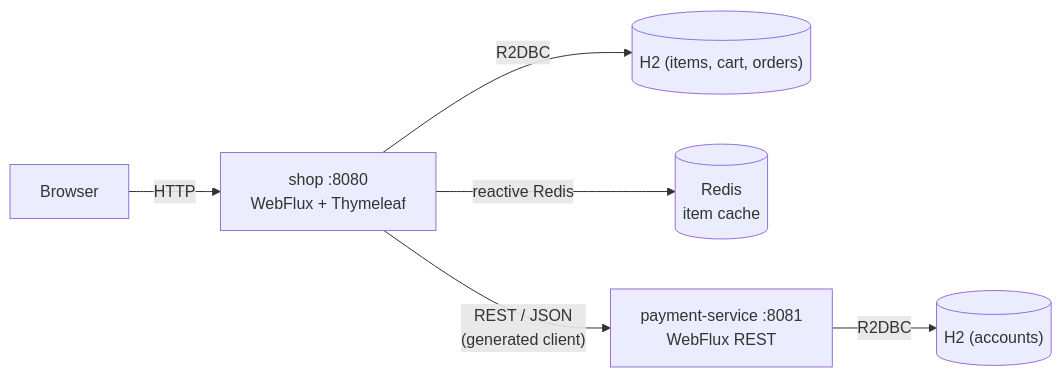
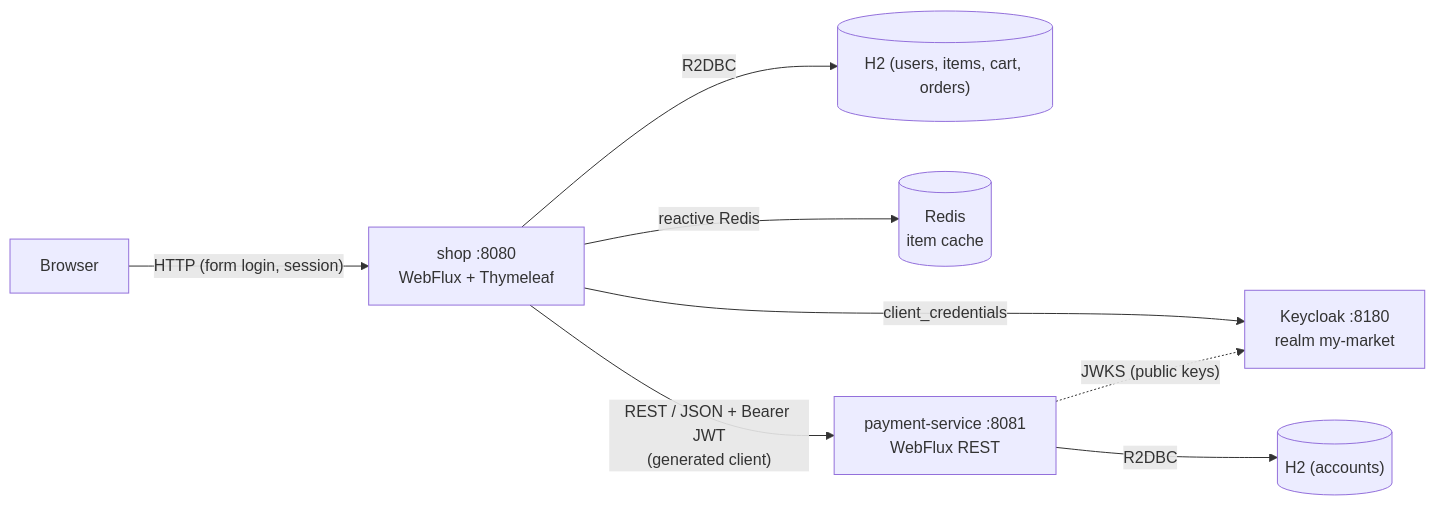
Before and after one commit to ubrnt/yp-my-market-app: the first of 3 diagrams in README.md, drawn with Mermaid. The commit also changed other lines of this file, not shown here.

````diff
--- a/README.md
+++ b/README.md
@@ -33,8 +36,10 @@
 ```mermaid
 flowchart LR
-    browser["Browser"] -->|HTTP| shop["shop :8080<br/>WebFlux + Thymeleaf"]
-    shop -->|R2DBC| shopdb[("H2 (items, cart, orders)")]
+    browser["Browser"] -->|"HTTP (form login, session)"| shop["shop :8080<br/>WebFlux + Thymeleaf"]
+    shop -->|R2DBC| shopdb[("H2 (users, items, cart, orders)")]
     shop -->|"reactive Redis"| redis[("Redis<br/>item cache")]
-    shop -->|"REST / JSON<br/>(generated client)"| payment["payment-service :8081<br/>WebFlux REST"]
+    shop -->|"client_credentials"| keycloak["Keycloak :8180<br/>realm my-market"]
+    shop -->|"REST / JSON + Bearer JWT<br/>(generated client)"| payment["payment-service :8081<br/>WebFlux REST"]
+    payment -.->|"JWKS (public keys)"| keycloak
     payment -->|R2DBC| paydb[("H2 (accounts)")]
 ```
````
